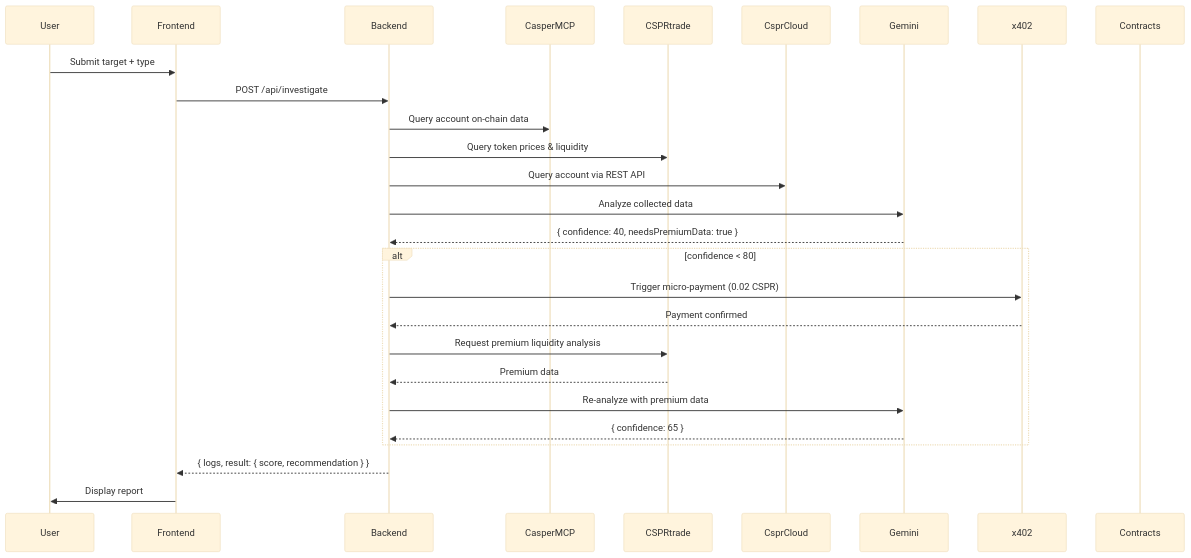
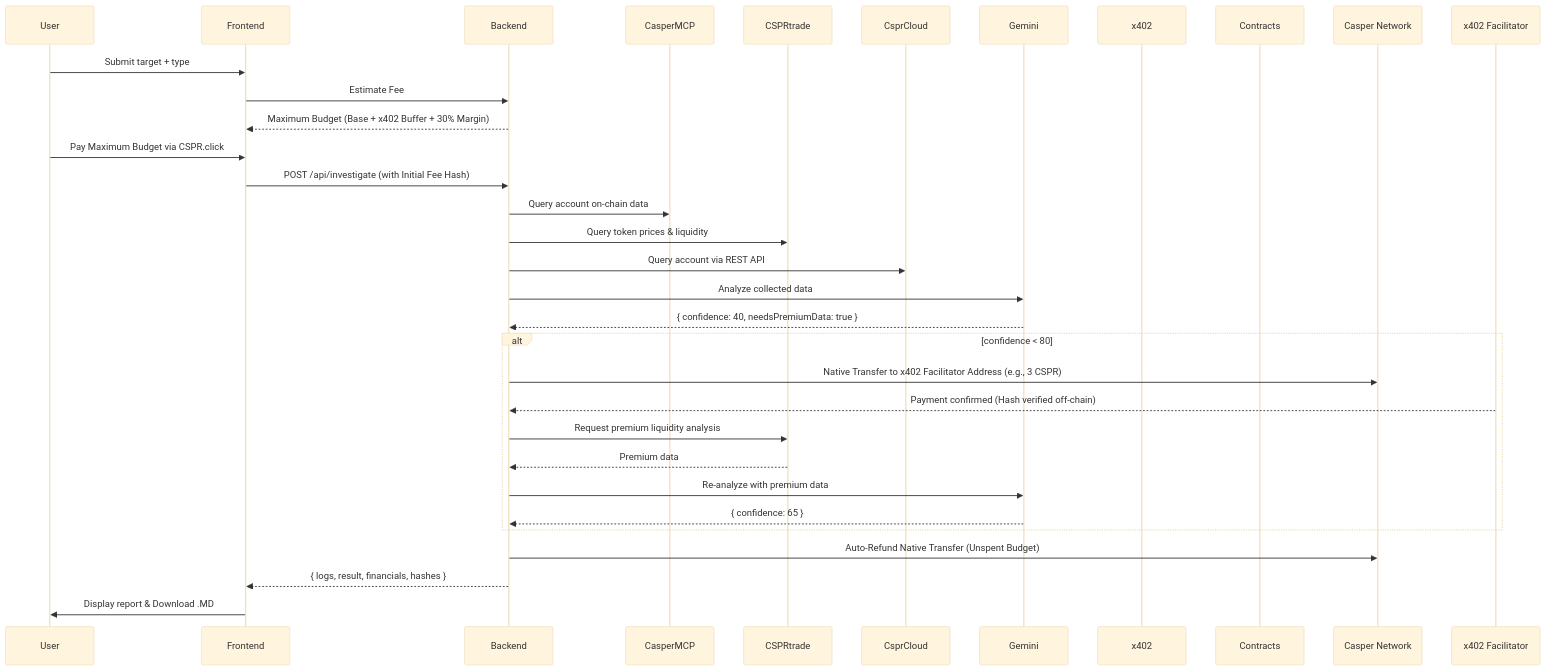
The diagram in docs/architecture.md (furkanahmetk/sentinel-ai), drawn with Mermaid (base theme) before and after one commit. The commit also changed other lines of this file and 3 other files, not shown here.

````diff
--- a/docs/architecture.md
+++ b/docs/architecture.md
@@ -58,34 +58,38 @@
 ```mermaid
 sequenceDiagram
     participant User
     participant Frontend
     participant Backend
     participant CasperMCP
     participant CSPRtrade
     participant CsprCloud
     participant Gemini
     participant x402
     participant Contracts
 
     User->>Frontend: Submit target + type
-    Frontend->>Backend: POST /api/investigate
+    Frontend->>Backend: Estimate Fee
+    Backend-->>Frontend: Maximum Budget (Base + x402 Buffer + 30% Margin)
+    User->>Frontend: Pay Maximum Budget via CSPR.click
+    Frontend->>Backend: POST /api/investigate (with Initial Fee Hash)
     
     Backend->>CasperMCP: Query account on-chain data
     Backend->>CSPRtrade: Query token prices & liquidity
     Backend->>CsprCloud: Query account via REST API
     
     Backend->>Gemini: Analyze collected data
     Gemini-->>Backend: { confidence: 40, needsPremiumData: true }
     
     alt confidence < 80
-        Backend->>x402: Trigger micro-payment (0.02 CSPR)
-        x402-->>Backend: Payment confirmed
+        Backend->>Casper Network: Native Transfer to x402 Facilitator Address (e.g., 3 CSPR)
+        x402 Facilitator-->>Backend: Payment confirmed (Hash verified off-chain)
         Backend->>CSPRtrade: Request premium liquidity analysis
         CSPRtrade-->>Backend: Premium data
         Backend->>Gemini: Re-analyze with premium data
         Gemini-->>Backend: { confidence: 65 }
     end
     
-    Backend-->>Frontend: { logs, result: { score, recommendation } }
-    Frontend->>User: Display report
+    Backend->>Casper Network: Auto-Refund Native Transfer (Unspent Budget)
+    Backend-->>Frontend: { logs, result, financials, hashes }
+    Frontend->>User: Display report & Download .MD
 ```
````
